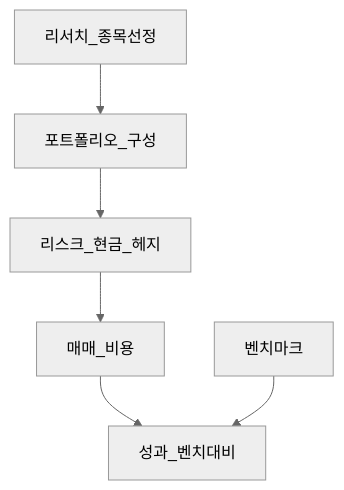
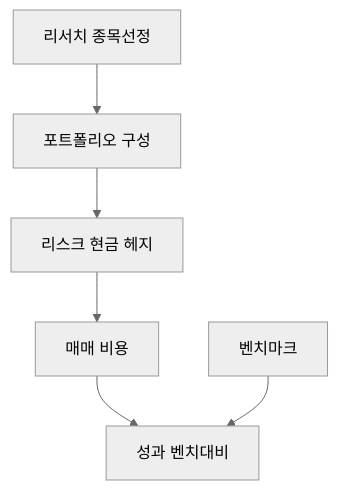
The third of 5 diagrams in 03-markets/mutual-funds-active.md (goldanghenry/Finances), drawn with Mermaid (neutral theme) before and after one commit. The commit also changed other lines of this file and 211 other files, not shown here.

````diff
--- a/03-markets/mutual-funds-active.md
+++ b/03-markets/mutual-funds-active.md
@@ -143,8 +152,8 @@
 ```mermaid
 flowchart TD
-  Res[리서치_종목선정] --> Port[포트폴리오_구성]
-  Port --> Risk[리스크_현금_헤지]
-  Risk --> Trade[매매_비용]
-  Trade --> Perf[성과_벤치대비]
+  Res["리서치 종목선정"] --> Port["포트폴리오 구성"]
+  Port --> Risk["리스크 현금 헤지"]
+  Risk --> Trade["매매 비용"]
+  Trade --> Perf["성과 벤치대비"]
   Bench[벤치마크] --> Perf
 ```
````
